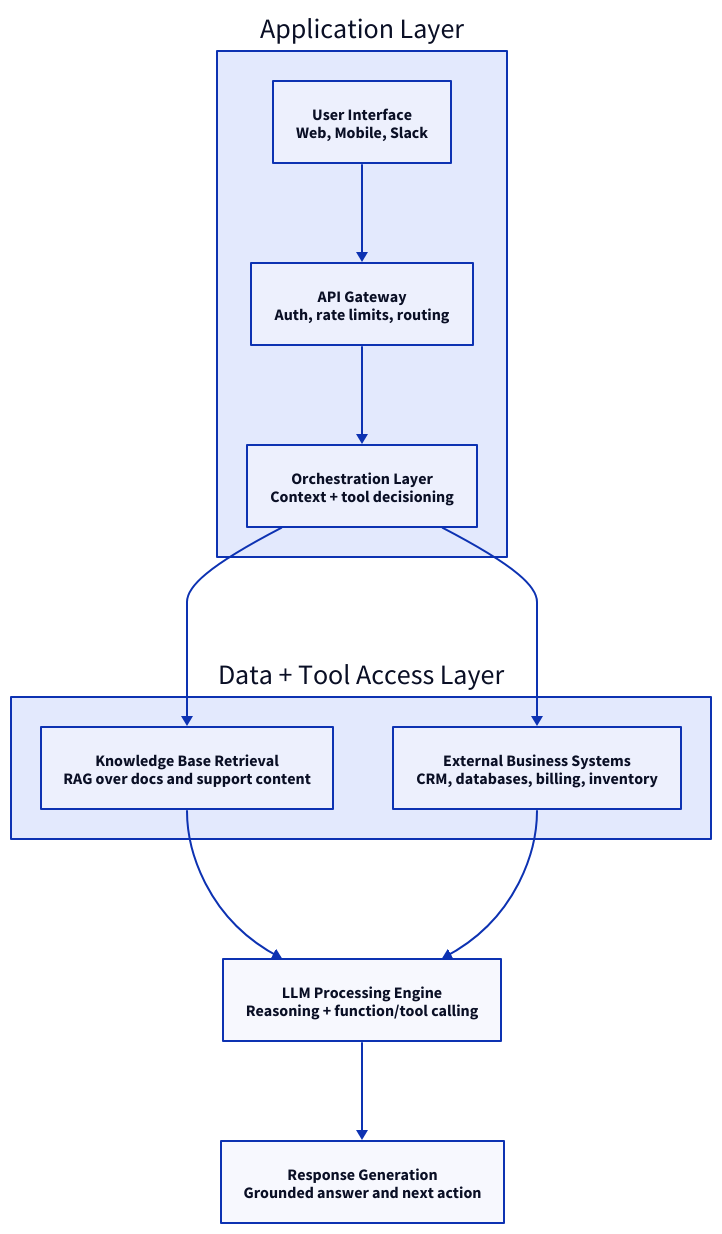
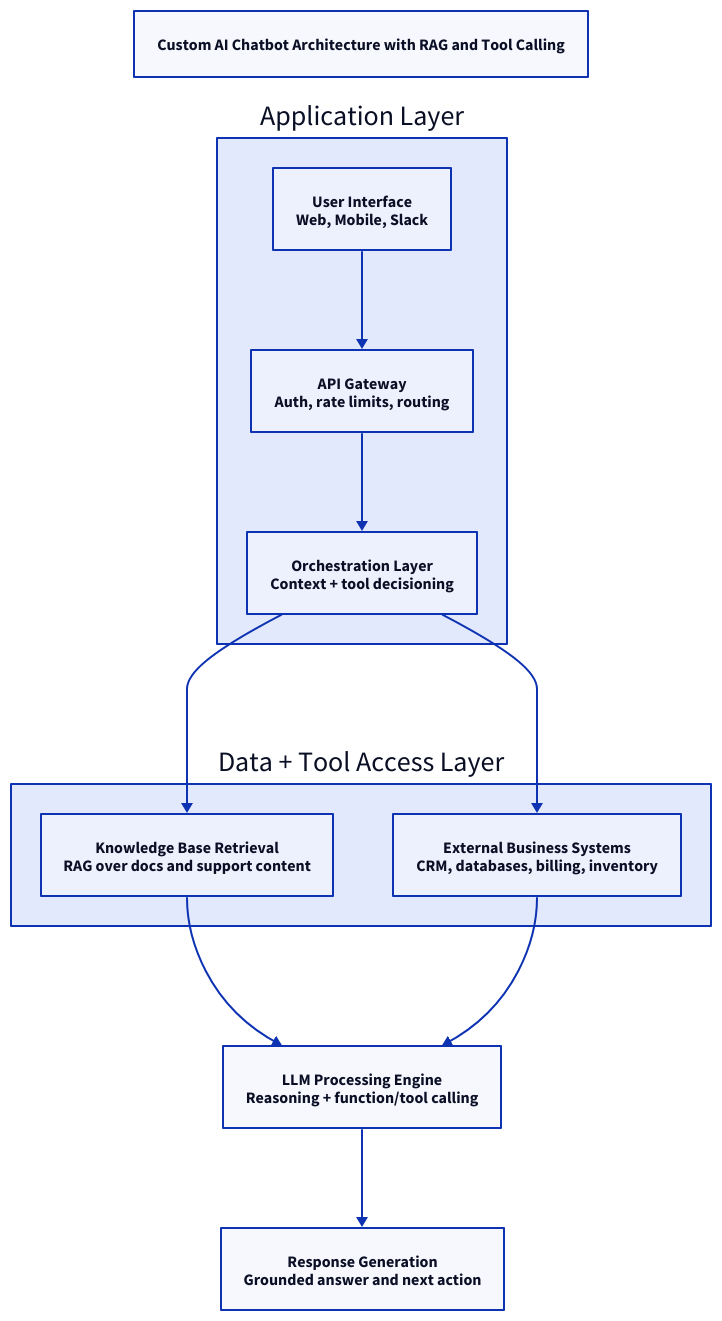
Before and after one commit to AR10Dev/ar10dev.github.io: the diagram in src/content/blog/building-custom-chatgpt-interfaces-for-business.mdx, drawn with D2. The commit also changed other lines of this file and 4 other files, not shown here.

Commit message:
feat: add favicon.svg and enhance blog post architecture visuals with figures and captions

````diff
--- a/src/content/blog/building-custom-chatgpt-interfaces-for-business.mdx
+++ b/src/content/blog/building-custom-chatgpt-interfaces-for-business.mdx
@@ -45,40 +47,41 @@
 ```d2
+title: "Custom AI Chatbot Architecture with RAG and Tool Calling" { near: top-center }
 direction: down
 
 app: "Application Layer" {
   ui: "User Interface\nWeb, Mobile, Slack" {
     shape: rectangle
   }
   api: "API Gateway\nAuth, rate limits, routing" {
     shape: rectangle
   }
   orchestration: "Orchestration Layer\nContext + tool decisioning" {
     shape: rectangle
   }
   
   ui -> api -> orchestration
 }
 
 data: "Data + Tool Access Layer" {
   rag: "Knowledge Base Retrieval\nRAG over docs and support content" {
     shape: rectangle
   }
   external: "External Business Systems\nCRM, databases, billing, inventory" {
     shape: rectangle
   }
 }
 
 llm: "LLM Processing Engine\nReasoning + function/tool calling" {
   shape: rectangle
 }
 
 response: "Response Generation\nGrounded answer and next action" {
   shape: rectangle
 }
 
 app.orchestration -> data.rag
 app.orchestration -> data.external
 data.rag -> llm
 data.external -> llm
 llm -> response
 ```
````
